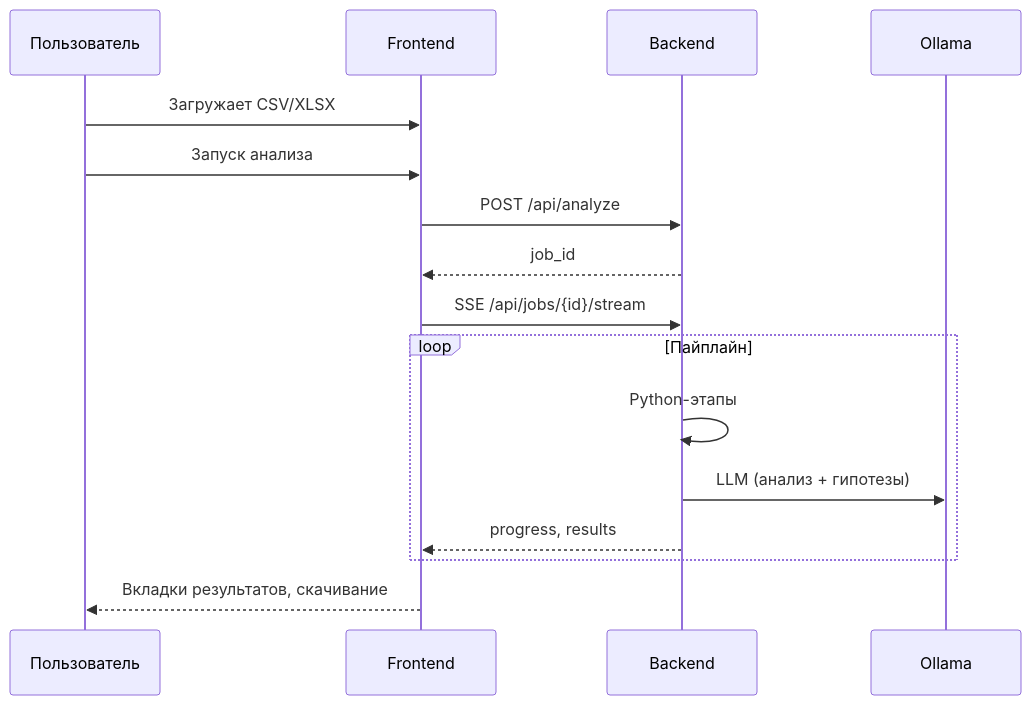
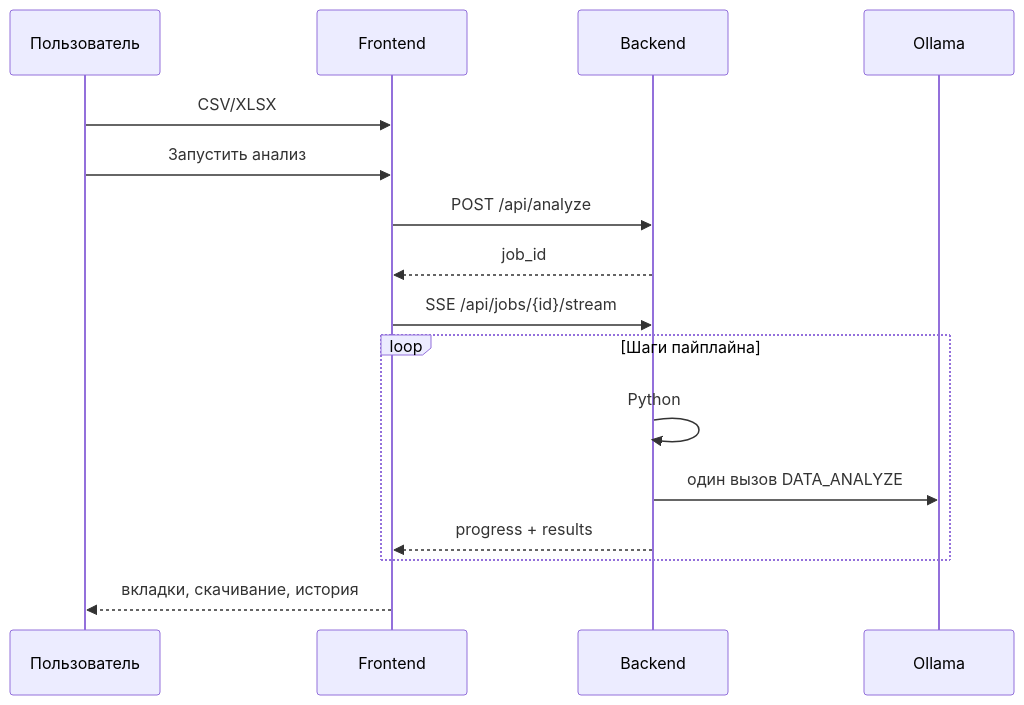
Before and after one commit to sweetd0vee/ai-ds: the diagram in docs/overview.md, drawn with Mermaid. The commit also changed other lines of this file and 1548 other files, not shown here.

````diff
--- a/docs/overview.md
+++ b/docs/overview.md
@@ -108,19 +102,19 @@
 ```mermaid
 sequenceDiagram
     participant U as Пользователь
     participant F as Frontend
     participant B as Backend
     participant O as Ollama
 
-    U->>F: Загружает CSV/XLSX
-    U->>F: Запуск анализа
+    U->>F: CSV/XLSX
+    U->>F: Запустить анализ
     F->>B: POST /api/analyze
     B-->>F: job_id
     F->>B: SSE /api/jobs/{id}/stream
-    loop Пайплайн
-        B->>B: Python-этапы
-        B->>O: LLM (анализ + гипотезы)
-        B-->>F: progress, results
+    loop Шаги пайплайна
+        B->>B: Python
+        B->>O: один вызов DATA_ANALYZE
+        B-->>F: progress + results
     end
-    F-->>U: Вкладки результатов, скачивание
+    F-->>U: вкладки, скачивание, история
 ```
````
